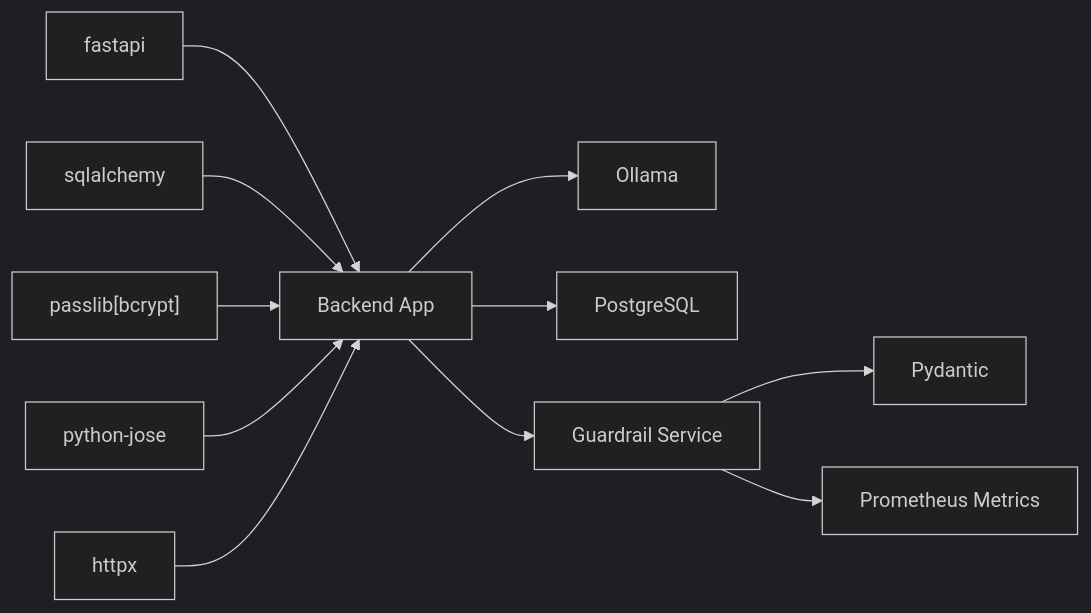
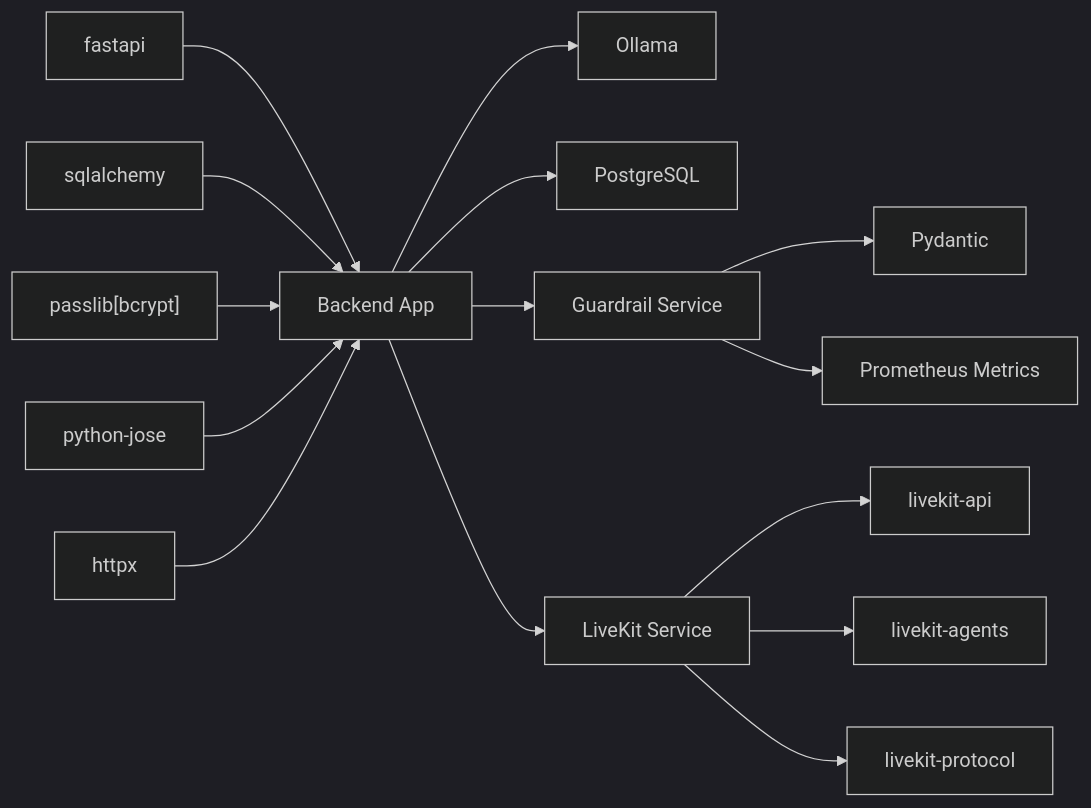
One commit to Revanththetalogics/aireume changed diagram 14 of 14 in .qoder/repowiki/en/content/Advanced Topics/Security Hardening/Security Hardening.md. Above: the diagram before and after it, drawn with Mermaid (dark theme). The commit also changed other lines of this file and 118 other files, not shown here.

````diff
--- a/.qoder/repowiki/en/content/Advanced Topics/Security Hardening/Security Hardening.md
+++ b/.qoder/repowiki/en/content/Advanced Topics/Security Hardening/Security Hardening.md
@@ -1005,13 +1132,17 @@
 ```mermaid
 graph LR
 FastAPI["fastapi"] --> Backend["Backend App"]
 SQLAlchemy["sqlalchemy"] --> Backend
 Passlib["passlib[bcrypt]"] --> Backend
 Jose["python-jose"] --> Backend
 Httpx["httpx"] --> Backend
 Backend --> Ollama["Ollama"]
 Backend --> Postgres["PostgreSQL"]
 Backend --> Guardrail["Guardrail Service"]
+Backend --> LiveKit["LiveKit Service"]
 Guardrail --> Pydantic["Pydantic"]
 Guardrail --> Prometheus["Prometheus Metrics"]
+LiveKit --> LiveKitAPI["livekit-api"]
+LiveKit --> LiveKitAgents["livekit-agents"]
+LiveKit --> LiveKitProtocol["livekit-protocol"]
 ```
````
